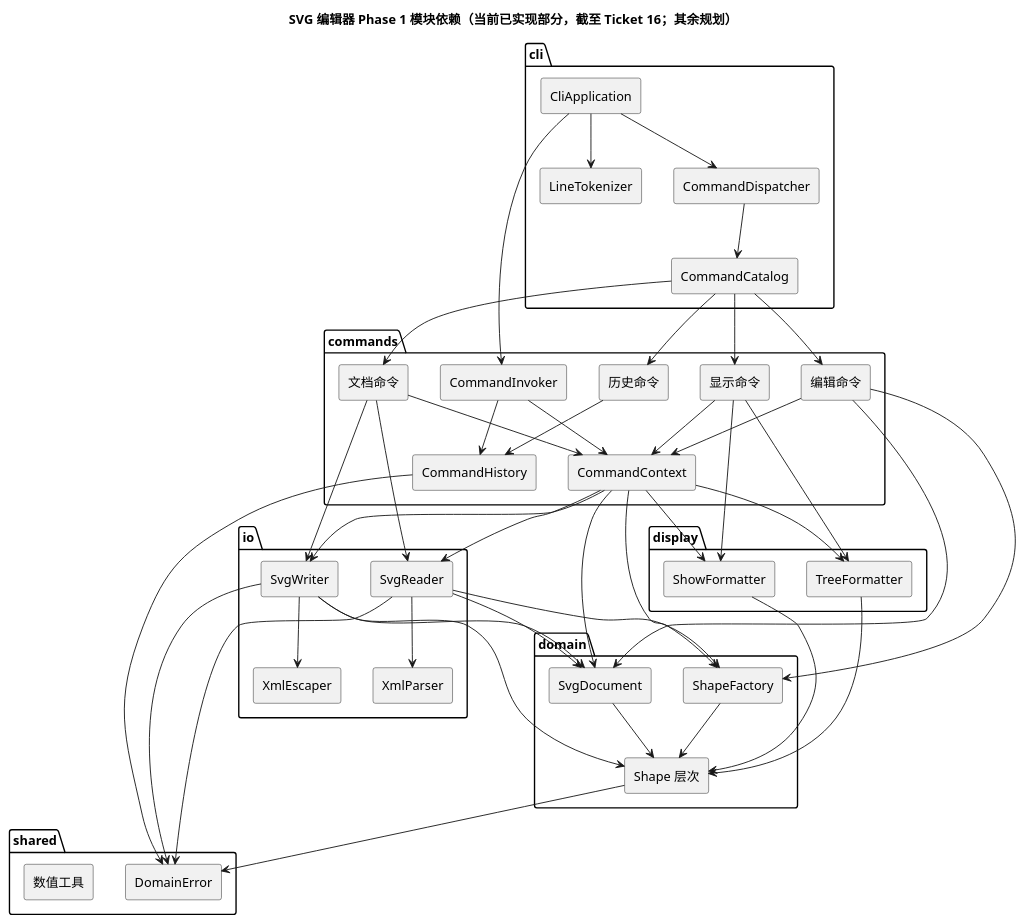
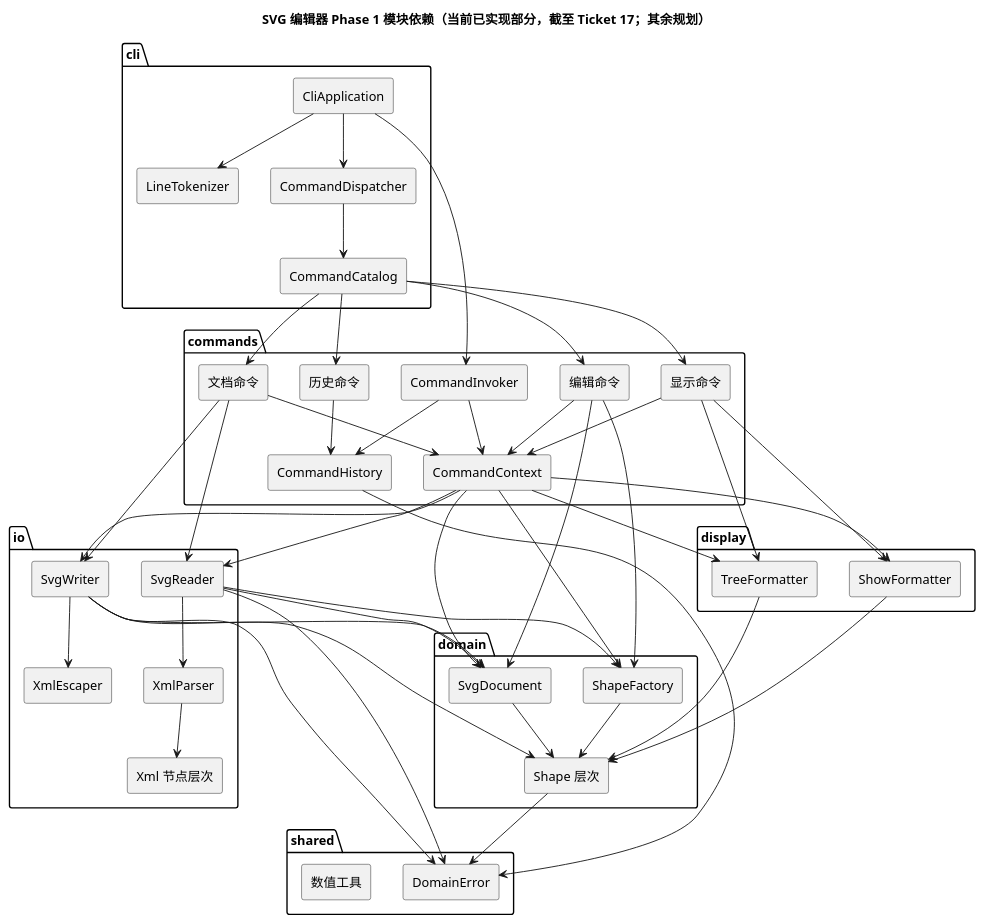
The diagram in doc/architecture.puml (NQC233/svg-editor-lab1), drawn with PlantUML before and after one commit. The commit also changed 5 other files, not shown here.

```diff
--- a/doc/architecture.puml
+++ b/doc/architecture.puml
@@ -1,85 +1,87 @@
 @startuml
 skinparam componentStyle rectangle
-title SVG 编辑器 Phase 1 模块依赖（当前已实现部分，截至 Ticket 16；其余规划）
+title SVG 编辑器 Phase 1 模块依赖（当前已实现部分，截至 Ticket 17；其余规划）
 
 package "cli" {
   [CliApplication]
   [CommandDispatcher]
   [CommandCatalog]
   [LineTokenizer]
 }
 
 package "commands" {
   [CommandInvoker]
   [CommandHistory]
   [CommandContext]
   [编辑命令]
   [文档命令]
   [显示命令]
   [历史命令]
 }
 
 package "domain" {
   [SvgDocument]
   [Shape 层次]
   [ShapeFactory]
 }
 
 package "io" {
+  [Xml 节点层次]
   [SvgReader]
   [SvgWriter]
   [XmlParser]
   [XmlEscaper]
 }
 
 package "display" {
   [TreeFormatter]
   [ShowFormatter]
 }
 
 package "shared" {
   [DomainError]
   [数值工具]
 }
 
 [CliApplication] --> [LineTokenizer]
 [CliApplication] --> [CommandDispatcher]
 [CliApplication] --> [CommandInvoker]
 [CommandDispatcher] --> [CommandCatalog]
 [CommandCatalog] --> [编辑命令]
 [CommandCatalog] --> [文档命令]
 [CommandCatalog] --> [显示命令]
 [CommandCatalog] --> [历史命令]
 [CommandInvoker] --> [CommandHistory]
 [CommandInvoker] --> [CommandContext]
 [编辑命令] --> [CommandContext]
 [文档命令] --> [CommandContext]
 [显示命令] --> [CommandContext]
 [历史命令] --> [CommandHistory]
 [CommandContext] --> [SvgDocument]
 [CommandContext] --> [SvgReader]
 [CommandContext] --> [SvgWriter]
 [CommandContext] --> [TreeFormatter]
 [CommandContext] --> [ShowFormatter]
 [CommandContext] --> [ShapeFactory]
 [编辑命令] --> [SvgDocument]
 [编辑命令] --> [ShapeFactory]
 [文档命令] --> [SvgReader]
 [文档命令] --> [SvgWriter]
 [显示命令] --> [TreeFormatter]
 [显示命令] --> [ShowFormatter]
 [SvgReader] --> [XmlParser]
+[XmlParser] --> [Xml 节点层次]
 [SvgReader] --> [SvgDocument]
 [SvgReader] --> [ShapeFactory]
 [SvgWriter] --> [SvgDocument]
 [SvgWriter] --> [Shape 层次]
 [SvgWriter] --> [XmlEscaper]
 [TreeFormatter] --> [Shape 层次]
 [ShowFormatter] --> [Shape 层次]
 [ShapeFactory] --> [Shape 层次]
 [SvgDocument] --> [Shape 层次]
 [Shape 层次] --> [DomainError]
 [SvgReader] --> [DomainError]
 [SvgWriter] --> [DomainError]
 [CommandHistory] --> [DomainError]
 @enduml
```
